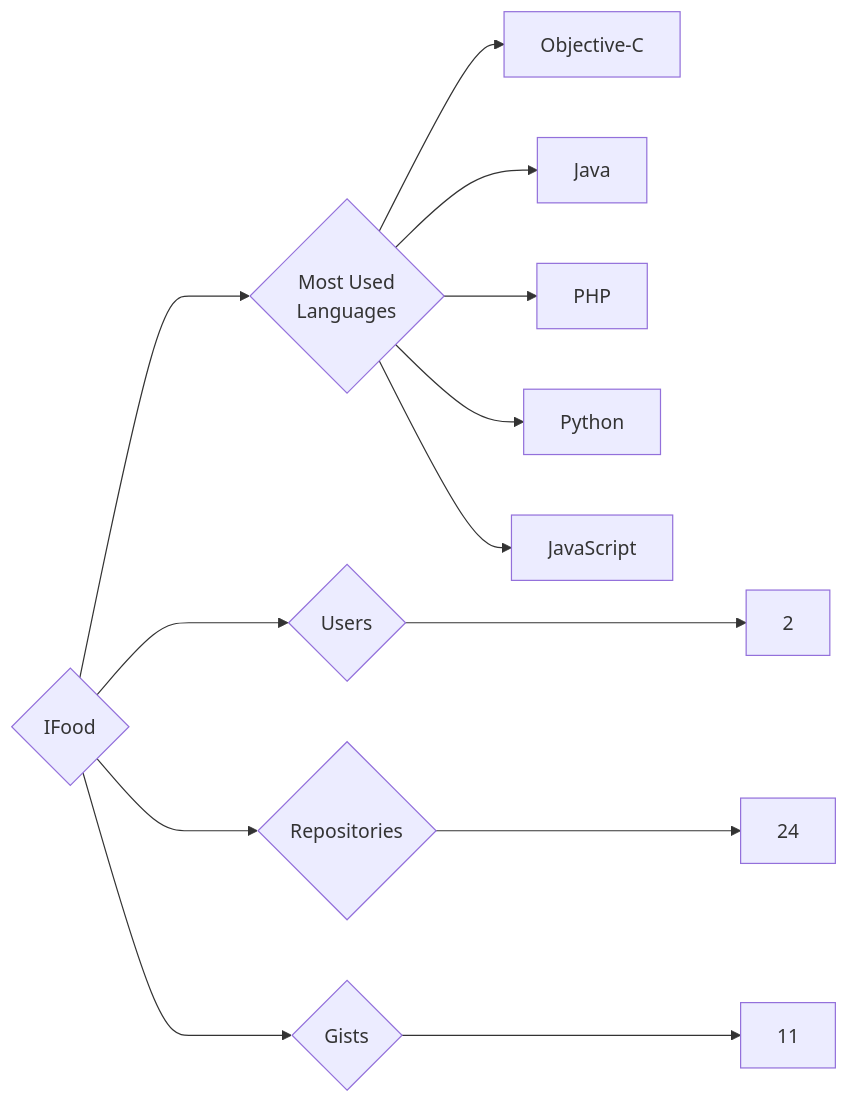
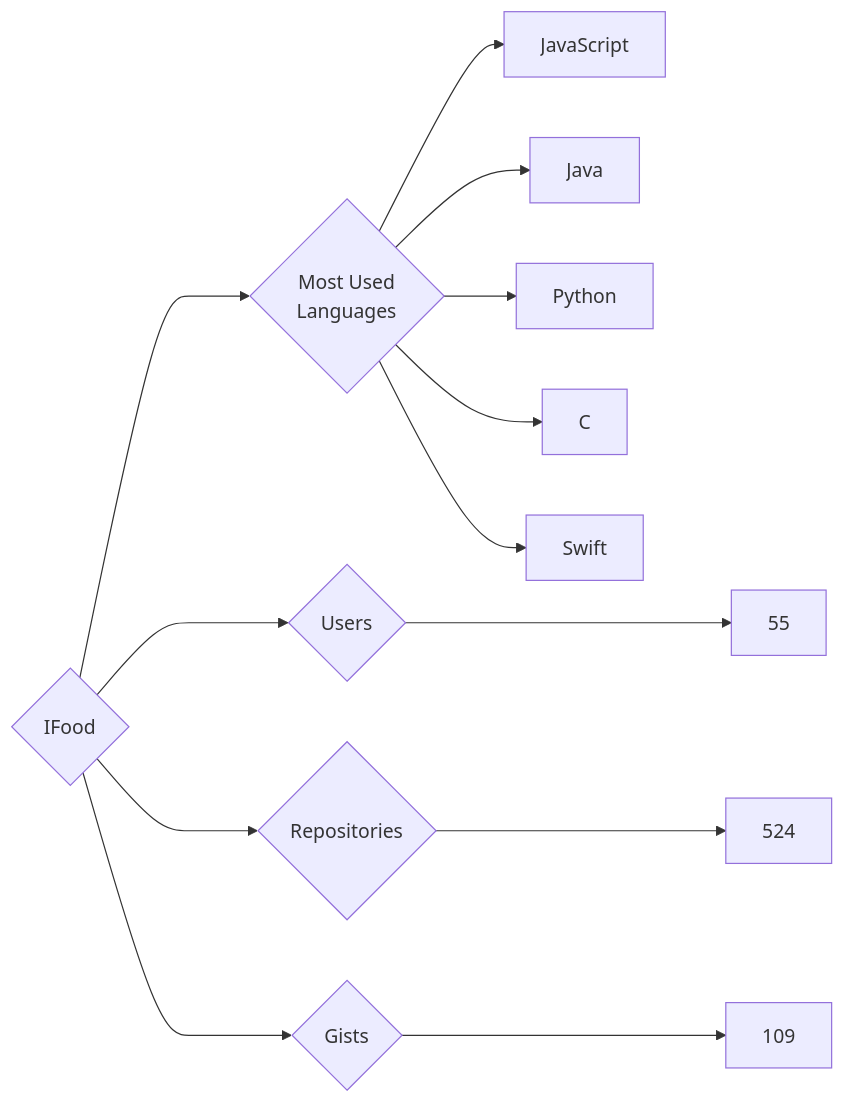
The diagram in targets/IFood/README.md (trickest/insiders), drawn with Mermaid before and after one commit. The commit also changed 720 other files, not shown here.

````diff
--- a/targets/IFood/README.md
+++ b/targets/IFood/README.md
@@ -3,13 +3,13 @@
 ```mermaid
 graph LR
 COMPANY_NAME{IFood}
-COMPANY_NAME ---> U{Users} ---> UN[2]
-COMPANY_NAME ---> R{Repositories} ---> RN[24]
-COMPANY_NAME ---> G{Gists} ---> GN[11]
+COMPANY_NAME ---> U{Users} ---> UN[55]
+COMPANY_NAME ---> R{Repositories} ---> RN[524]
+COMPANY_NAME ---> G{Gists} ---> GN[109]
 COMPANY_NAME ---> ML{Most Used<br>Languages}
-ML --> Objective-C[Objective-C]
+ML --> JavaScript[JavaScript]
 ML --> Java[Java]
-ML --> PHP[PHP]
 ML --> Python[Python]
-ML --> JavaScript[JavaScript]
+ML --> C[C]
+ML --> Swift[Swift]
 ```
````
